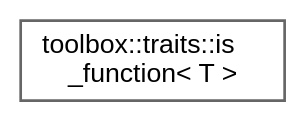
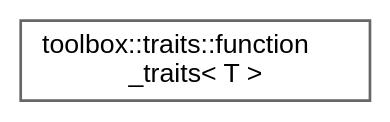
The diagram in inherit_graph_45.dot (nerdneilsfield/cpp-toolbox), drawn with Graphviz before and after one commit. The commit also changed 225 other files, not shown here.

```diff
--- a/inherit_graph_45.dot
+++ b/inherit_graph_45.dot
@@ -1,9 +1,9 @@
 digraph "Graphical Class Hierarchy"
 {
  // LATEX_PDF_SIZE
   bgcolor="transparent";
   edge [fontname=Helvetica,fontsize=10,labelfontname=Helvetica,labelfontsize=10];
   node [fontname=Helvetica,fontsize=10,shape=box,height=0.2,width=0.4];
   rankdir="LR";
-  Node0 [id="Node000000",label="toolbox::traits::is\l_function\< T \>",height=0.2,width=0.4,color="grey40", fillcolor="white", style="filled",URL="$structtoolbox_1_1traits_1_1is__function.html",tooltip="检查类型是否为函数/Check if type is a function"];
+  Node0 [id="Node000000",label="toolbox::traits::function\l_traits\< T \>",height=0.2,width=0.4,color="grey40", fillcolor="white", style="filled",URL="$structtoolbox_1_1traits_1_1function__traits.html",tooltip="函数特征基础模板/Function traits base template"];
 }
```
